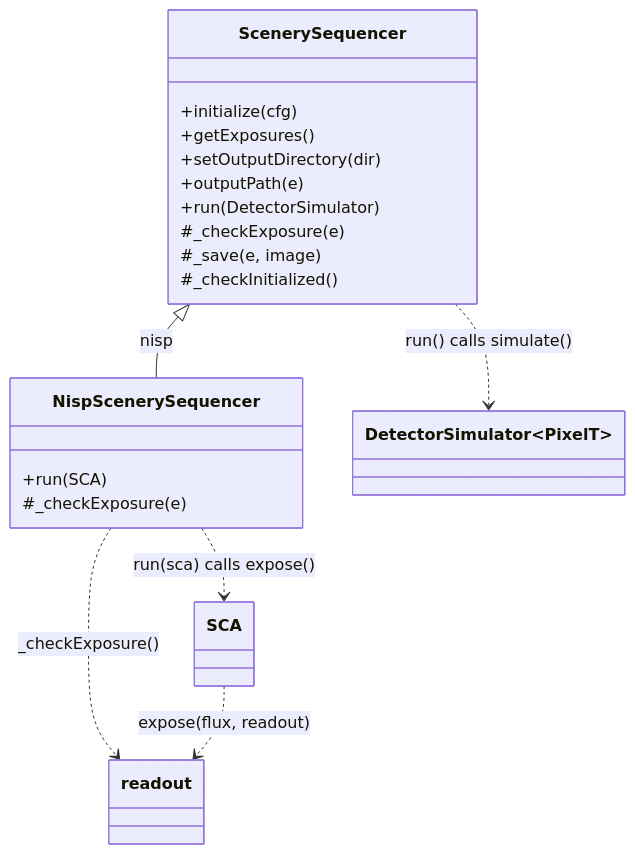
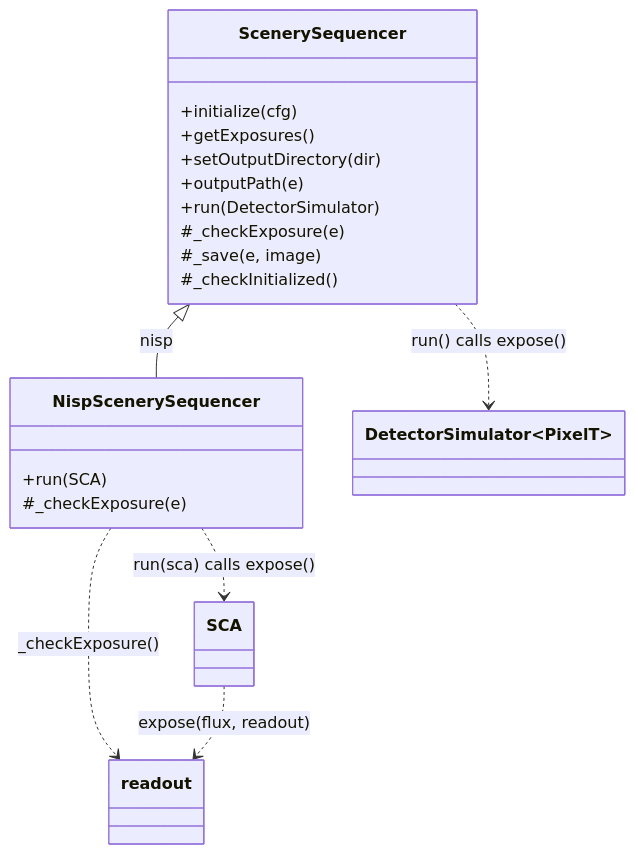
One commit to Pulsar2011/phot2pix changed the second of 2 diagrams in wiki/ScenerySequencer.md. Above: the diagram before and after it, drawn with Mermaid. The commit also changed other lines of this file and 38 other files, not shown here.

````diff
--- a/wiki/ScenerySequencer.md
+++ b/wiki/ScenerySequencer.md
@@ -65,22 +65,22 @@
 ```mermaid
 classDiagram
     ScenerySequencer <|-- NispScenerySequencer : nisp
-    ScenerySequencer ..> DetectorSimulator~PixelT~ : run() calls simulate()
+    ScenerySequencer ..> DetectorSimulator~PixelT~ : run() calls expose()
     NispScenerySequencer ..> SCA : run(sca) calls expose()
     NispScenerySequencer ..> readout : _checkExposure()
     SCA ..> readout : expose(flux, readout)
     class ScenerySequencer {
         +initialize(cfg)
         +getExposures()
         +setOutputDirectory(dir)
         +outputPath(e)
         +run(DetectorSimulator)
         #_checkExposure(e)
         #_save(e, image)
         #_checkInitialized()
     }
     class NispScenerySequencer {
         +run(SCA)
         #_checkExposure(e)
     }
 ```
````
